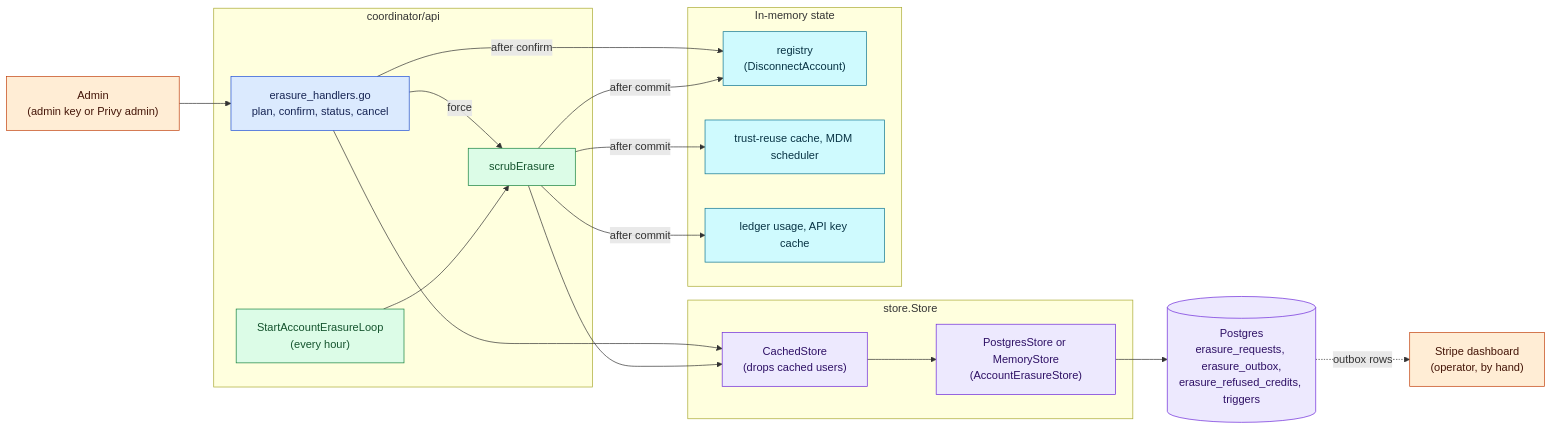
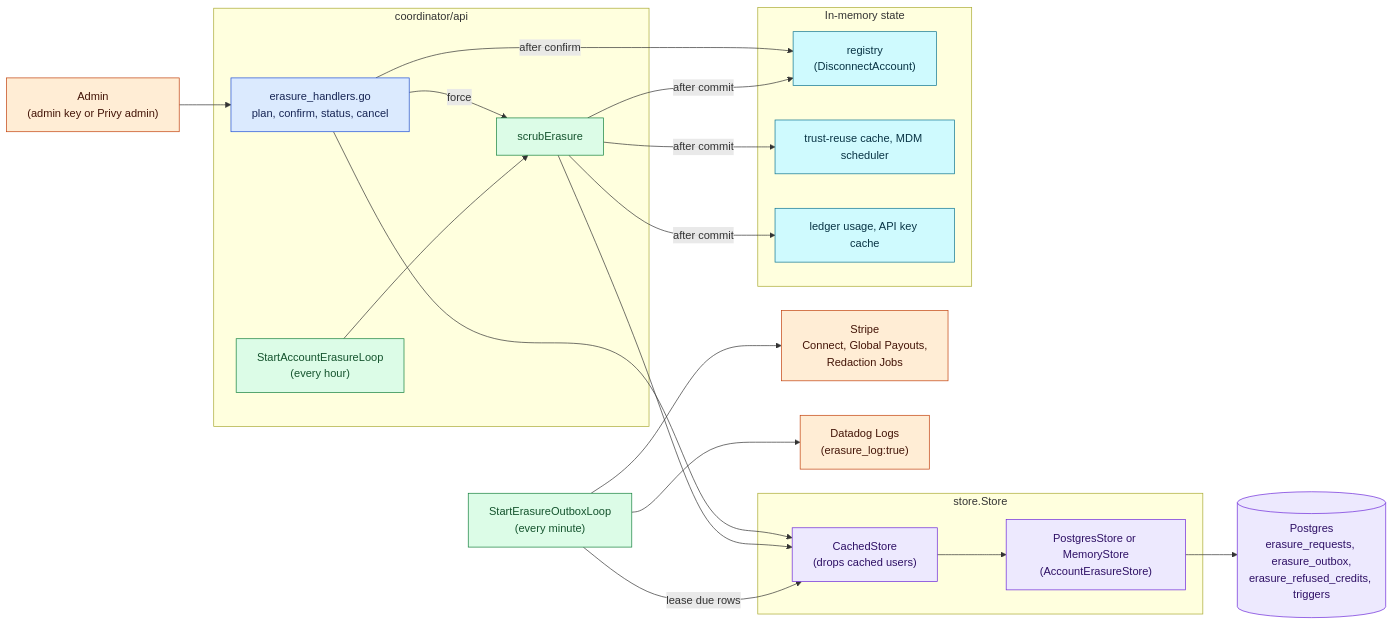
The first of 4 diagrams in docs/architecture/account-erasure.md (Layr-Labs/d-inference), drawn with Mermaid before and after one commit. The commit also changed other lines of this file and 9 other files, not shown here.

First line of the commit message:
Document the erasure outbox worker and manual_action decisions

````diff
--- a/docs/architecture/account-erasure.md
+++ b/docs/architecture/account-erasure.md
@@ -37,38 +37,42 @@
 ```mermaid
 flowchart LR
   classDef api fill:#dbeafe,stroke:#1d4ed8,color:#172554
   classDef loop fill:#dcfce7,stroke:#15803d,color:#14532d
   classDef store fill:#ede9fe,stroke:#6d28d9,color:#2e1065
   classDef mem fill:#cffafe,stroke:#0e7490,color:#083344
   classDef ext fill:#ffedd5,stroke:#c2410c,color:#431407
 
   A["Admin<br/>(admin key or Privy admin)"]:::ext
   subgraph API["coordinator/api"]
     H["erasure_handlers.go<br/>plan, confirm, status, cancel"]:::api
     L["StartAccountErasureLoop<br/>(every hour)"]:::loop
     X["scrubErasure"]:::loop
   end
   subgraph ST["store.Store"]
     C["CachedStore<br/>(drops cached users)"]:::store
     P["PostgresStore or MemoryStore<br/>(AccountErasureStore)"]:::store
   end
   DB[("Postgres<br/>erasure_requests, erasure_outbox,<br/>erasure_refused_credits, triggers")]:::store
   subgraph MEM["In-memory state"]
     R["registry<br/>(DisconnectAccount)"]:::mem
     T["trust-reuse cache, MDM scheduler"]:::mem
     G["ledger usage, API key cache"]:::mem
   end
-  S["Stripe dashboard<br/>(operator, by hand)"]:::ext
+  W["StartErasureOutboxLoop<br/>(every minute)"]:::loop
+  S["Stripe<br/>Connect, Global Payouts,<br/>Redaction Jobs"]:::ext
+  D["Datadog Logs<br/>(erasure_log:true)"]:::ext
 
   A --> H
   H --> C
   H -- "force" --> X
   L --> X
   X --> C
   C --> P --> DB
   H -- "after confirm" --> R
   X -- "after commit" --> R
   X -- "after commit" --> T
   X -- "after commit" --> G
-  DB -. "outbox rows" .-> S
+  W -- "lease due rows" --> C
+  W --> S
+  W --> D
 ```
````
